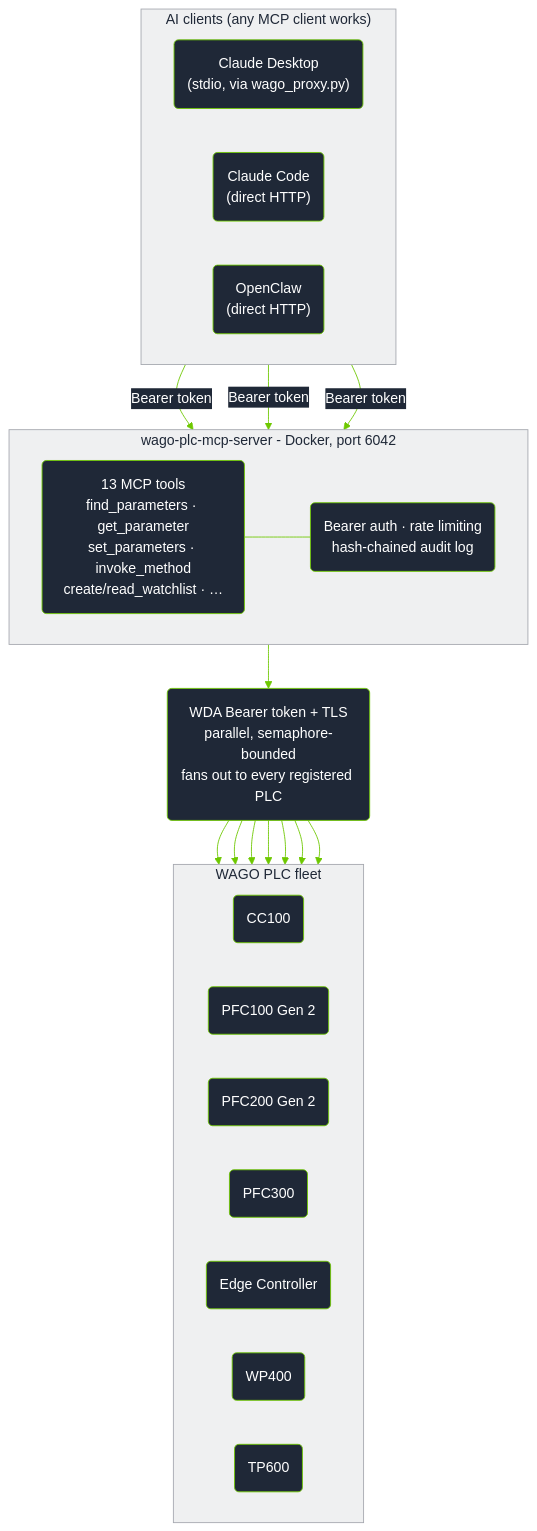
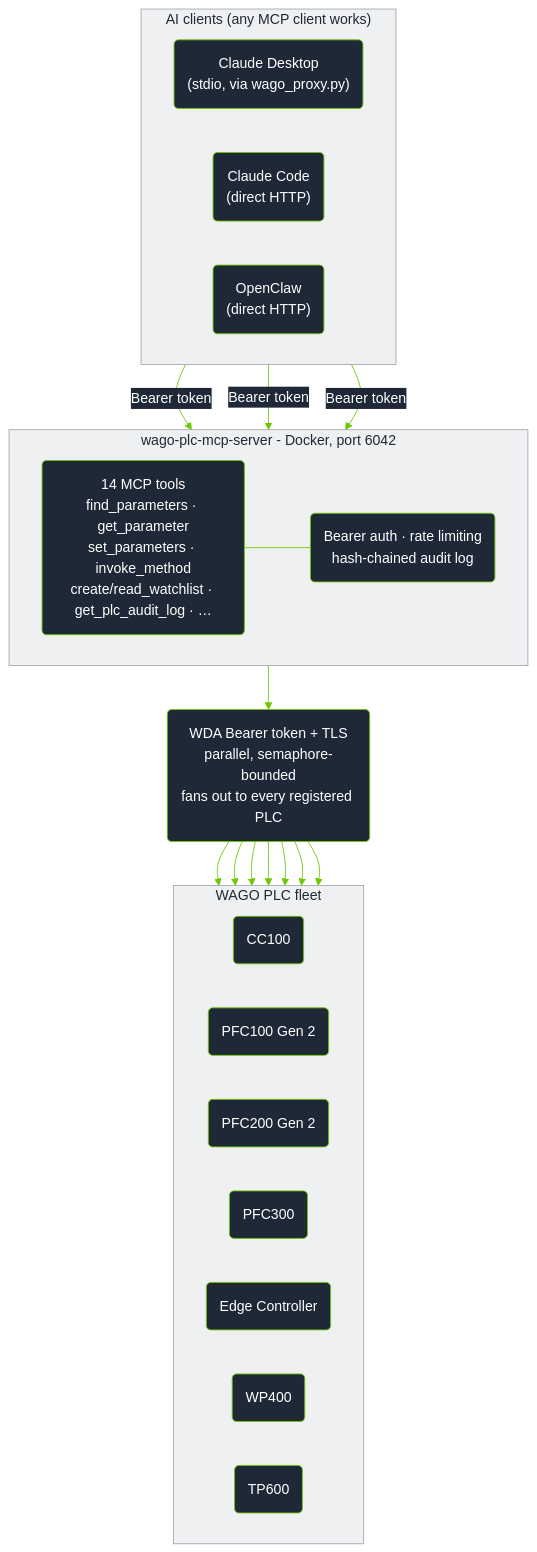
One commit to WagoAlex/wago-plc-mcp-server changed the diagram in README.md. Above: the diagram before and after it, drawn with Mermaid. The commit also changed other lines of this file, not shown here.

````diff
--- a/README.md
+++ b/README.md
@@ -935,49 +948,49 @@
 ```mermaid
 %%{init: {'theme':'base', 'themeVariables': {
   'primaryColor':'#1F2837',
   'primaryTextColor':'#ffffff',
   'primaryBorderColor':'#6EC800',
   'lineColor':'#6EC800',
   'secondaryColor':'#EFF0F1',
   'secondaryTextColor':'#1F2837',
   'secondaryBorderColor':'#A5A8AF',
   'tertiaryColor':'#FFFFFF',
   'tertiaryTextColor':'#1F2837',
   'tertiaryBorderColor':'#DEDFE1',
   'fontFamily':'Segoe UI, Helvetica, Arial, sans-serif',
   'clusterBkg':'#EFF0F1',
   'clusterBorder':'#A5A8AF',
   'edgeLabelBackground':'#1F2837'
 }}}%%
 flowchart TB
     subgraph Clients["AI clients (any MCP client works)"]
         direction LR
         CD("Claude Desktop<br/>(stdio, via wago_proxy.py)")
         CC("Claude Code<br/>(direct HTTP)")
         OC("OpenClaw<br/>(direct HTTP)")
     end
 
     CD & CC & OC -- "Bearer token" --> MCP
 
     subgraph Server["wago-plc-mcp-server - Docker, port 6042"]
         direction LR
-        MCP("13 MCP tools<br/>find_parameters · get_parameter<br/>set_parameters · invoke_method<br/>create/read_watchlist · …")
+        MCP("14 MCP tools<br/>find_parameters · get_parameter<br/>set_parameters · invoke_method<br/>create/read_watchlist · get_plc_audit_log · …")
         Guard("Bearer auth · rate limiting<br/>hash-chained audit log")
         MCP --- Guard
     end
 
     MCP --> FAN("WDA Bearer token + TLS<br/>parallel, semaphore-bounded<br/>fans out to every registered PLC")
 
     FAN --> P1 & P2 & P3 & P4 & P5 & P6 & Pn
 
     subgraph Fleet["WAGO PLC fleet"]
         direction LR
         P1("CC100")
         P2("PFC100 Gen 2")
         P3("PFC200 Gen 2")
         P4("PFC300")
         P5("Edge Controller")
         P6("WP400")
         Pn("TP600")
     end
 ```
````
